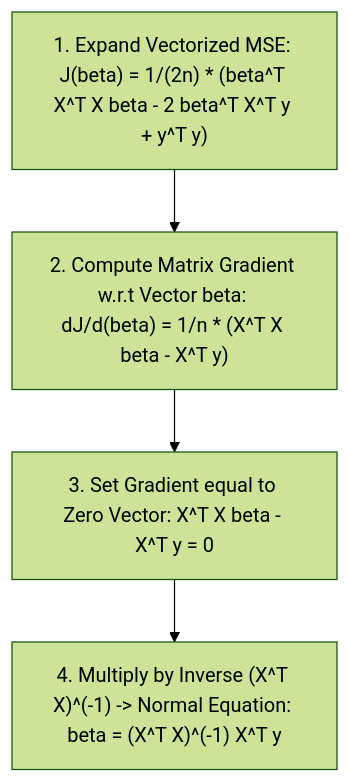
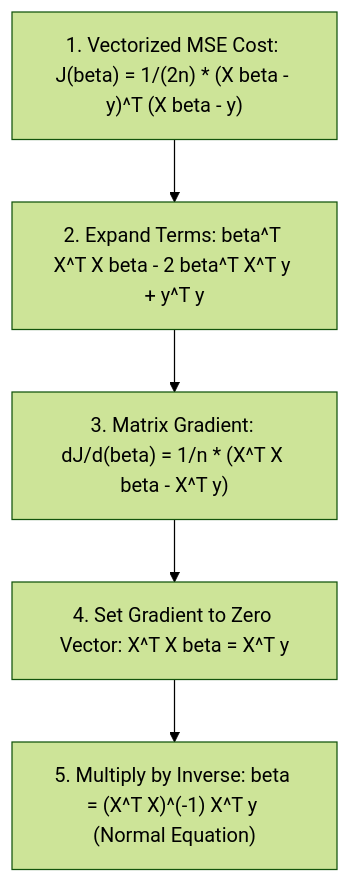
The second of 2 diagrams in 01_RAW/PROCESS/learn-core-machine-learning-part-08.md (xrcodexcode/xr_node), drawn with Mermaid (forest theme) before and after one commit. The commit also changed other lines of this file and 15 other files, not shown here.

````diff
--- a/01_RAW/PROCESS/learn-core-machine-learning-part-08.md
+++ b/01_RAW/PROCESS/learn-core-machine-learning-part-08.md
@@ -89,6 +100,7 @@
 ```mermaid
 flowchart TD
-    Expand["1. Expand Vectorized MSE: J(beta) = 1/(2n) * (beta^T X^T X beta - 2 beta^T X^T y + y^T y)"] --> Derivative["2. Compute Matrix Gradient w.r.t Vector beta: dJ/d(beta) = 1/n * (X^T X beta - X^T y)"]
-    Derivative --> Zero["3. Set Gradient equal to Zero Vector: X^T X beta - X^T y = 0"]
-    Zero --> Solve["4. Multiply by Inverse (X^T X)^(-1) -> Normal Equation: beta = (X^T X)^(-1) X^T y"]
+    Cost["1. Vectorized MSE Cost: J(beta) = 1/(2n) * (X beta - y)^T (X beta - y)"] --> Expand["2. Expand Terms: beta^T X^T X beta - 2 beta^T X^T y + y^T y"]
+    Expand --> Grad["3. Matrix Gradient: dJ/d(beta) = 1/n * (X^T X beta - X^T y)"]
+    Grad --> SetZero["4. Set Gradient to Zero Vector: X^T X beta = X^T y"]
+    SetZero --> Solve["5. Multiply by Inverse: beta = (X^T X)^(-1) X^T y (Normal Equation)"]
 ```
````
